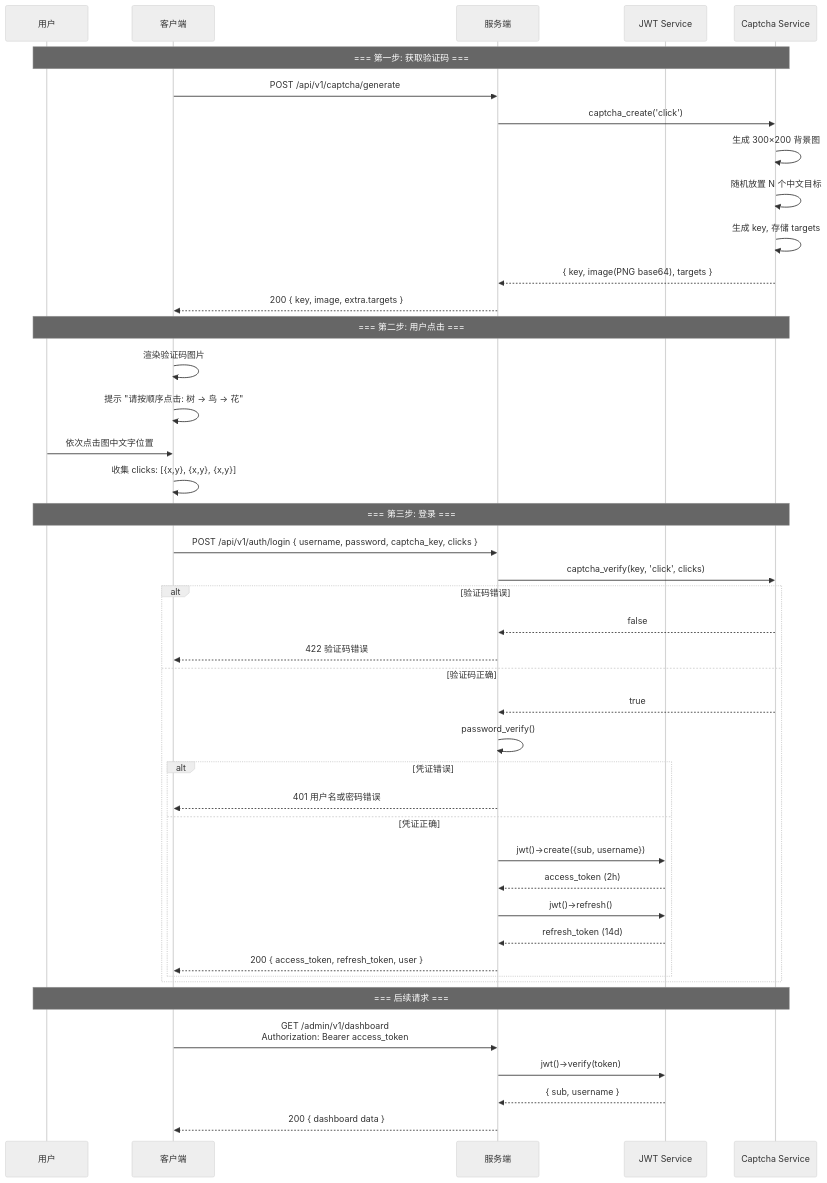
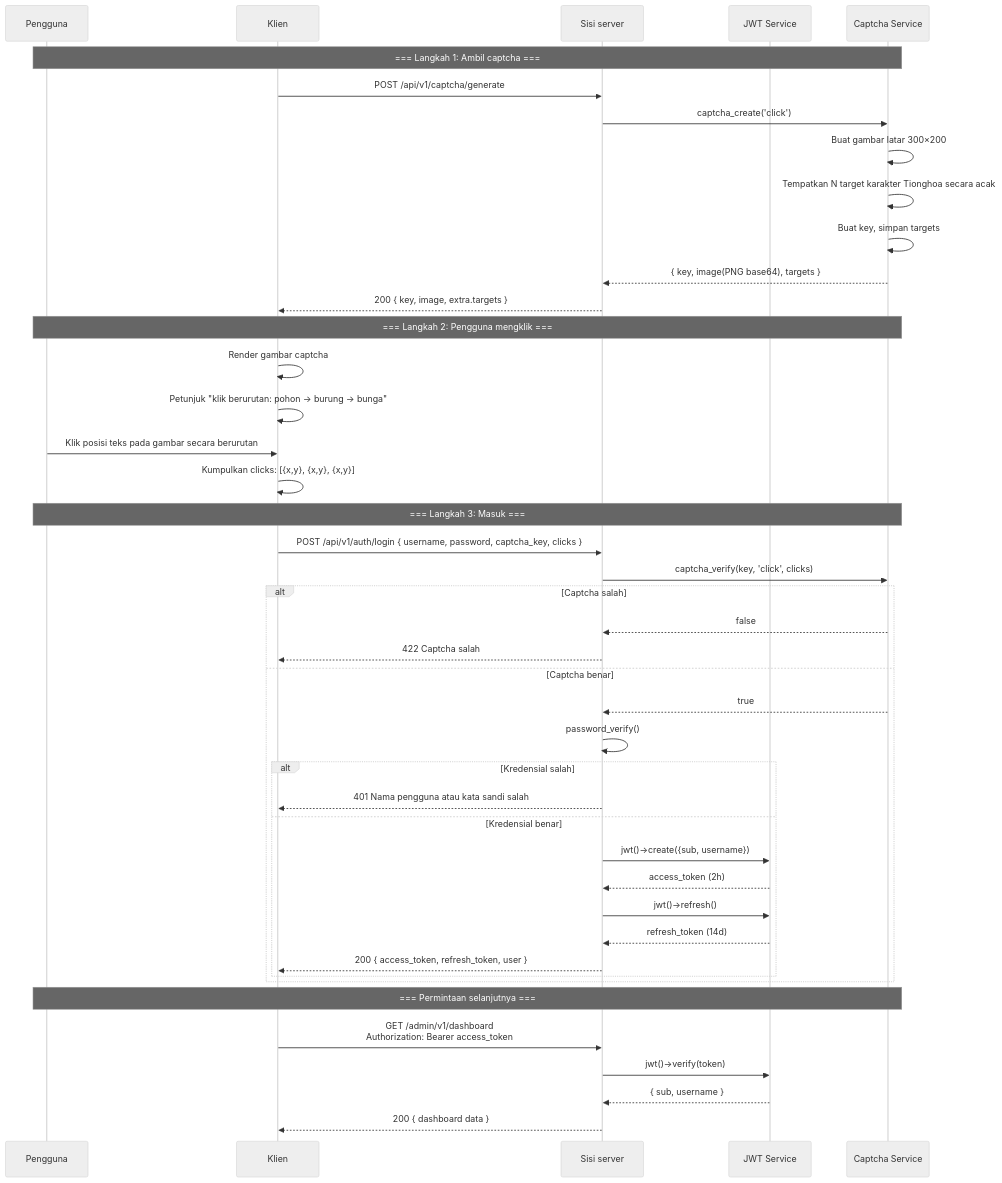
One commit to erikwang2013/game-platform-php changed the fourth of 14 diagrams in admin/docs/ARCHITECTURE.id.md. Above: the diagram before and after it, drawn with Mermaid (neutral theme). The commit also changed other lines of this file and 211 other files, not shown here.

First line of the commit message:
fix: 支付配置读回类型根治、提现事件对账巡检，12 语族 mermaid 与 API 标签本地化

````diff
--- a/admin/docs/ARCHITECTURE.id.md
+++ b/admin/docs/ARCHITECTURE.id.md
@@ -229,49 +229,49 @@
 ```mermaid
 sequenceDiagram
-    participant U as 用户
-    participant CL as 客户端
-    participant SV as 服务端
+    participant U as Pengguna
+    participant CL as Klien
+    participant SV as Sisi server
     participant JWT as JWT Service
     participant CAP as Captcha Service
 
-    Note over U,CAP: === 第一步: 获取验证码 ===
+    Note over U,CAP: === Langkah 1: Ambil captcha ===
     CL->>SV: POST /api/v1/captcha/generate
     SV->>CAP: captcha_create('click')
-    CAP->>CAP: 生成 300×200 背景图
-    CAP->>CAP: 随机放置 N 个中文目标
-    CAP->>CAP: 生成 key, 存储 targets
+    CAP->>CAP: Buat gambar latar 300×200
+    CAP->>CAP: Tempatkan N target karakter Tionghoa secara acak
+    CAP->>CAP: Buat key, simpan targets
     CAP-->>SV: { key, image(PNG base64), targets }
     SV-->>CL: 200 { key, image, extra.targets }
 
-    Note over U,CAP: === 第二步: 用户点击 ===
-    CL->>CL: 渲染验证码图片
-    CL->>CL: 提示 "请按顺序点击: 树 → 鸟 → 花"
-    U->>CL: 依次点击图中文字位置
-    CL->>CL: 收集 clicks: [{x,y}, {x,y}, {x,y}]
+    Note over U,CAP: === Langkah 2: Pengguna mengklik ===
+    CL->>CL: Render gambar captcha
+    CL->>CL: Petunjuk "klik berurutan: pohon → burung → bunga"
+    U->>CL: Klik posisi teks pada gambar secara berurutan
+    CL->>CL: Kumpulkan clicks: [{x,y}, {x,y}, {x,y}]
 
-    Note over U,CAP: === 第三步: 登录 ===
+    Note over U,CAP: === Langkah 3: Masuk ===
     CL->>SV: POST /api/v1/auth/login { username, password, captcha_key, clicks }
     SV->>CAP: captcha_verify(key, 'click', clicks)
-    alt 验证码错误
+    alt Captcha salah
         CAP-->>SV: false
-        SV-->>CL: 422 验证码错误
-    else 验证码正确
+        SV-->>CL: 422 Captcha salah
+    else Captcha benar
         CAP-->>SV: true
         SV->>SV: password_verify()
-        alt 凭证错误
-            SV-->>CL: 401 用户名或密码错误
-        else 凭证正确
+        alt Kredensial salah
+            SV-->>CL: 401 Nama pengguna atau kata sandi salah
+        else Kredensial benar
             SV->>JWT: jwt()->create({sub, username})
             JWT-->>SV: access_token (2h)
             SV->>JWT: jwt()->refresh()
             JWT-->>SV: refresh_token (14d)
             SV-->>CL: 200 { access_token, refresh_token, user }
         end
     end
 
-    Note over U,CAP: === 后续请求 ===
+    Note over U,CAP: === Permintaan selanjutnya ===
     CL->>SV: GET /admin/v1/dashboard<br/>Authorization: Bearer access_token
     SV->>JWT: jwt()->verify(token)
     JWT-->>SV: { sub, username }
     SV-->>CL: 200 { dashboard data }
 ```
````
